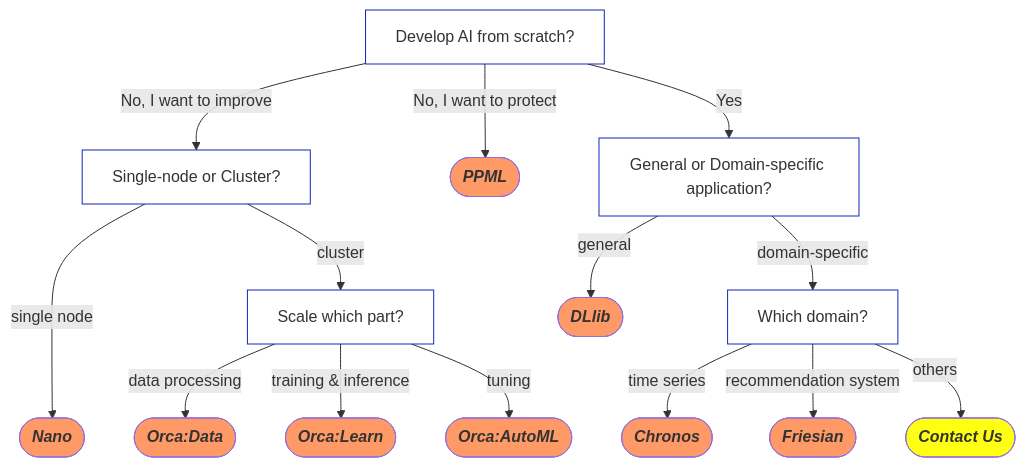
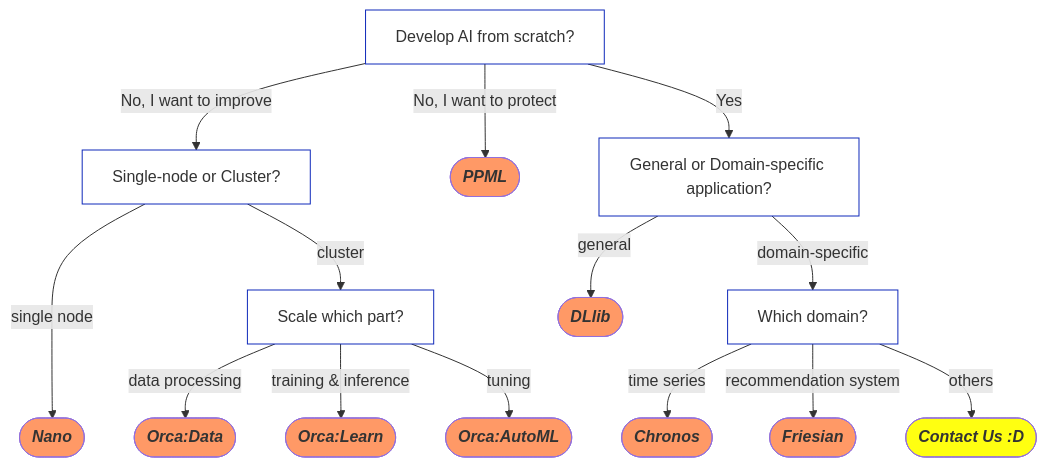
Before and after one commit to intel-analytics/ipex-llm: the diagram in README.md, drawn with Mermaid.

````diff
--- a/README.md
+++ b/README.md
@@ -47,37 +47,37 @@
 ```mermaid
 flowchart TD;
     Feature1[Develop AI from scratch?];
     Feature1-- No, I want to improve -->Feature2[Single-node or Cluster?];
     Feature1-- No, I want to protect -->ReferPPML([<em><strong>PPML</strong></em>]);
     Feature1-- Yes --> Feature3[General or Domain-specific application?];
     Feature2-- single node --->ReferNano([<em><strong>Nano</strong></em>]);
     Feature2-- cluster -->Feature5[Scale which part?];
     Feature5-- data processing -->ReferOrcaData([<em><strong>Orca:Data </strong></em>]);
     Feature5-- training & inference -->ReferOrcaLearn([<em><strong>Orca:Learn </strong></em>]);
     Feature5-- tuning -->ReferOrcaAutoml([<em><strong>Orca:AutoML </strong></em>]);
     Feature3-- general -->ReferDLlib([<em><strong>DLlib</strong></em>]);
     Feature3-- domain-specific -->Feature4[Which domain?];
     Feature4-- time series -->ReferChronos([<em><strong>Chronos</strong></em>]);
     Feature4-- recommendation system -->ReferFriesian([<em><strong>Friesian</strong></em>]);
-    Feature4-- others -->ReferContact([<em><strong>Contact Us</strong></em>]);
+    Feature4-- others -->ReferContact([<em><strong>Contact Us :D</strong></em>]);
 
     
     click ReferNano "README.md#Nano" "Refer to Nano" _parent
     click ReferOrcaData "https://bigdl.readthedocs.io/en/latest/doc/Orca/Overview/data-parallel-processing.html"
     click ReferOrcaLearn "https://bigdl.readthedocs.io/en/latest/doc/Orca/Overview/distributed-training-inference.html"
     click ReferOrcaAutoml "https://bigdl.readthedocs.io/en/latest/doc/Orca/Overview/distributed-tuning.html"
     click ReferDLlib "https://bigdl.readthedocs.io/en/latest/doc/DLlib/Overview/dllib.html"
     click ReferRayOnSpark "https://bigdl.readthedocs.io/en/latest/doc/Ray/Overview/ray.html"
     click ReferChronos "https://bigdl.readthedocs.io/en/latest/doc/Chronos/Overview/chronos.html"
     click ReferFriesian "https://bigdl.readthedocs.io/en/latest/doc/Chronos/Overview/chronos.html"
     click ReferPPML "https://bigdl.readthedocs.io/en/latest/doc/PPML/Overview/ppml.html"
     click ReferContact "https://bigdl.readthedocs.io/"
     
     classDef ReferStyle1 fill:#f96;
     classDef ReferStyle2 fill:#FF1;
     classDef Feature fill:#FFF,stroke:#0f29ba,stroke-width:1px;
     class ReferNano,ReferOrcaLearn,ReferOrcaData,ReferOrcaAutoml,ReferDLlib,ReferRayOnSpark,ReferChronos,ReferFriesian,ReferPPML ReferStyle1;
     class ReferContact, ReferStyle2
     class Feature1,Feature2,Feature3,Feature4,Feature5,Feature6,Feature7 Feature;
     
 ```
````
